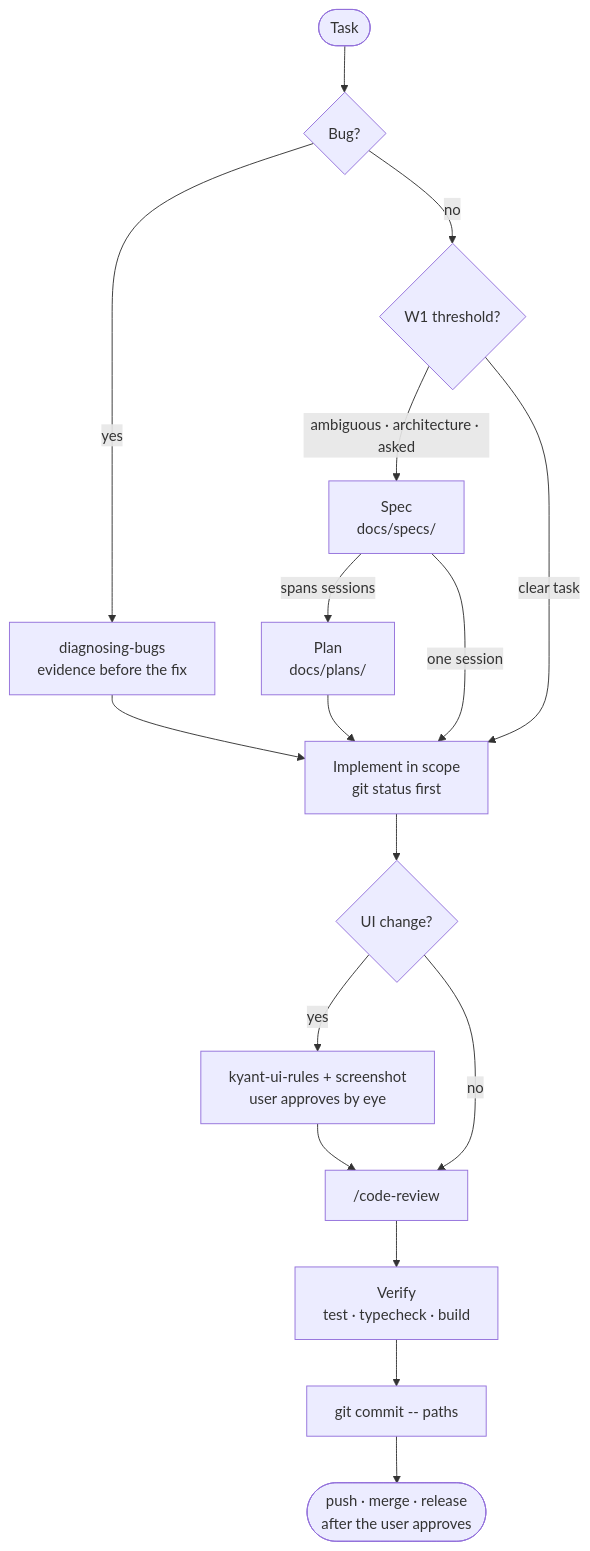
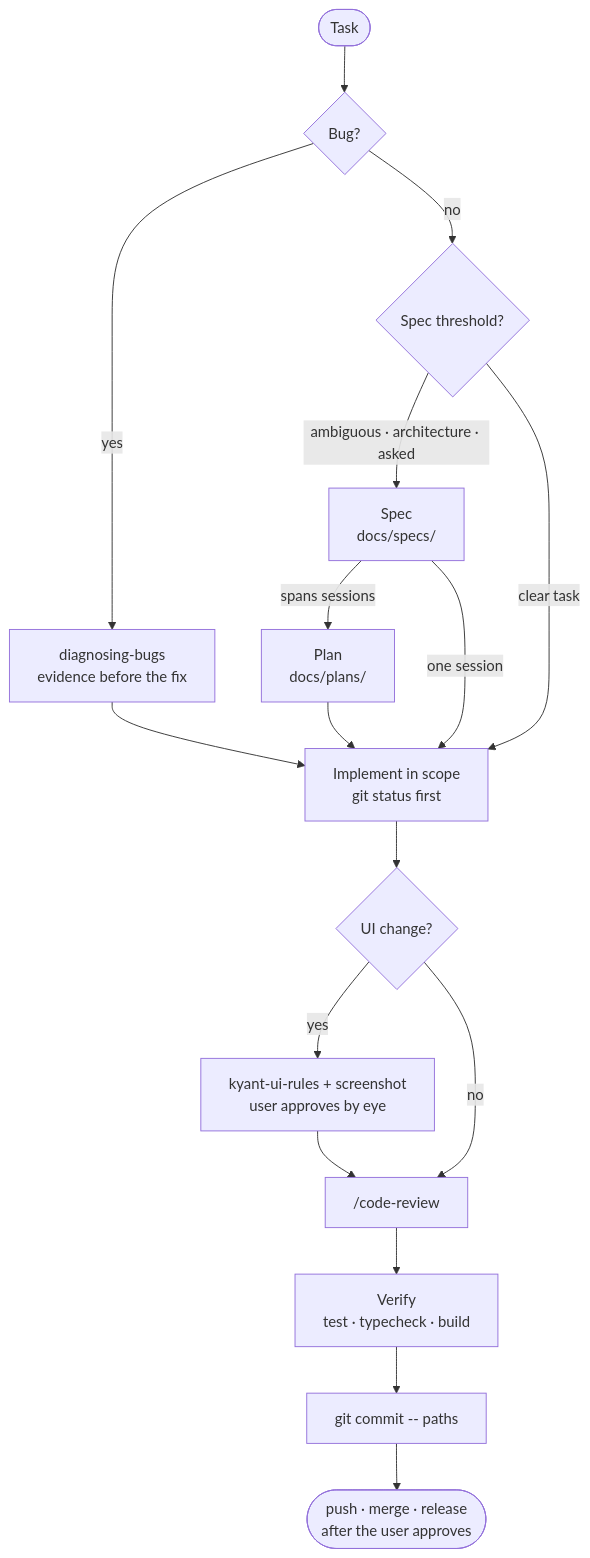
Before and after one commit to mxrsv/agents-skills: the second of 2 diagrams in README.en.md, drawn with Mermaid. The commit also changed other lines of this file and 35 other files, not shown here.

````diff
--- a/README.en.md
+++ b/README.en.md
@@ -32,19 +32,19 @@
 ```mermaid
 flowchart TD
     R([Task]) --> B{"Bug?"}
     B -- "yes" --> DB["diagnosing-bugs<br/>evidence before the fix"]
-    B -- "no" --> W1{"W1 threshold?"}
-    W1 -- "ambiguous · architecture · asked" --> SP["Spec<br/>docs/specs/"]
+    B -- "no" --> TH{"Spec threshold?"}
+    TH -- "ambiguous · architecture · asked" --> SP["Spec<br/>docs/specs/"]
     SP -- "spans sessions" --> PL["Plan<br/>docs/plans/"]
-    W1 -- "clear task" --> I["Implement in scope<br/>git status first"]
+    TH -- "clear task" --> I["Implement in scope<br/>git status first"]
     DB --> I
     SP -- "one session" --> I
     PL --> I
     I --> UI{"UI change?"}
     UI -- "yes" --> IM["kyant-ui-rules + screenshot<br/>user approves by eye"]
     UI -- "no" --> RC["/code-review"]
     IM --> RC
     RC --> V["Verify<br/>test · typecheck · build"]
     V --> C["git commit -- paths"]
     C --> P(["push · merge · release<br/>after the user approves"])
 ```
````
